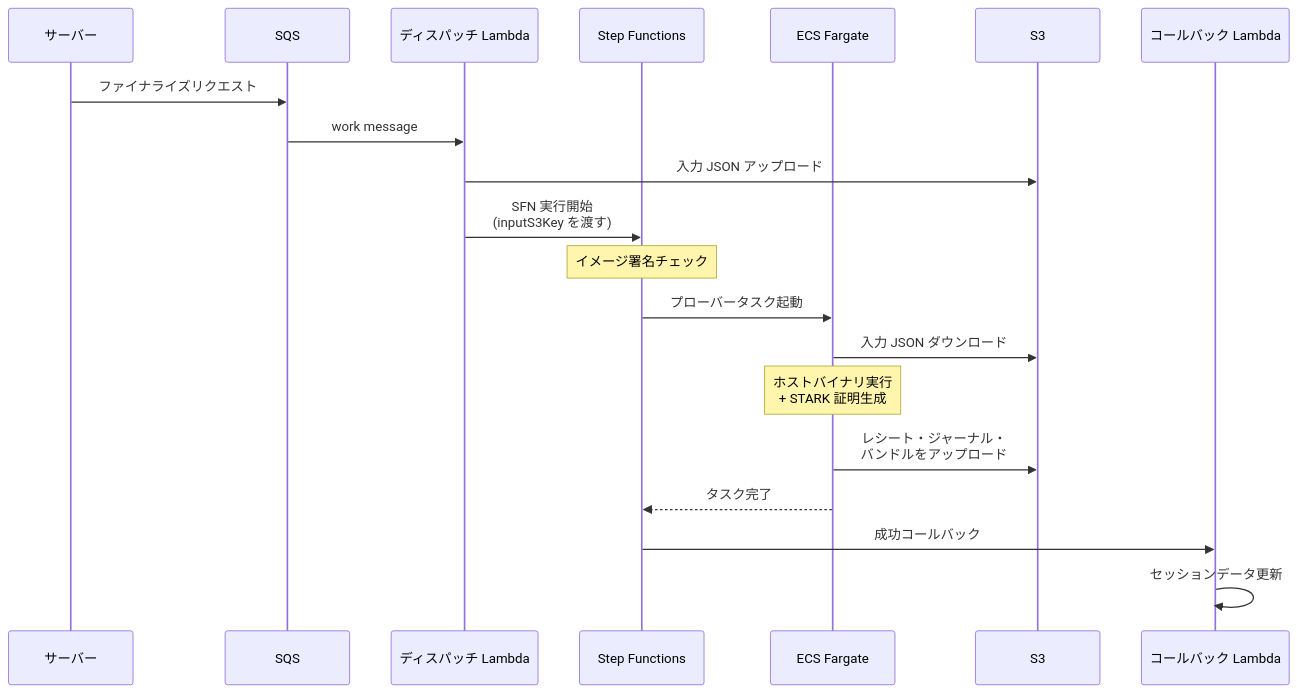
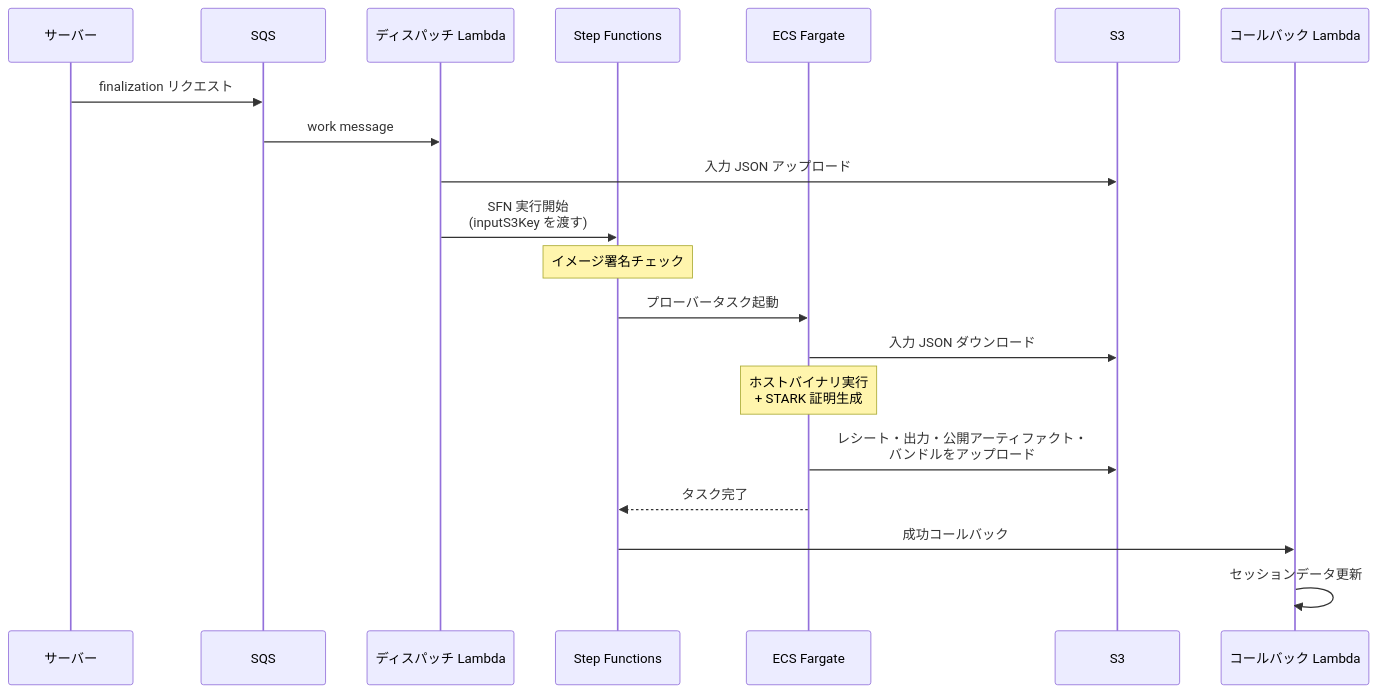
Before and after one commit to hwatanabe-jp/stark-ballot-simulator-public: the fifth of 5 diagrams in public-book/src/zkvm/host-and-proving.md, drawn with Mermaid. The commit also changed other lines of this file and 1491 other files, not shown here.

````diff
--- a/public-book/src/zkvm/host-and-proving.md
+++ b/public-book/src/zkvm/host-and-proving.md
@@ -175,23 +189,23 @@
 ```mermaid
 sequenceDiagram
   participant S as サーバー
   participant SQS as SQS
   participant D as ディスパッチ Lambda
   participant SFN as Step Functions
   participant ECS as ECS Fargate
   participant S3 as S3
   participant CB as コールバック Lambda
 
-  S->>SQS: ファイナライズリクエスト
+  S->>SQS: finalization リクエスト
   SQS->>D: work message
   D->>S3: 入力 JSON アップロード
   D->>SFN: SFN 実行開始<br/>(inputS3Key を渡す)
   Note over SFN: イメージ署名チェック
   SFN->>ECS: プローバータスク起動
   ECS->>S3: 入力 JSON ダウンロード
   Note over ECS: ホストバイナリ実行<br/>+ STARK 証明生成
-  ECS->>S3: レシート・ジャーナル・<br/>バンドルをアップロード
+  ECS->>S3: レシート・出力・公開アーティファクト・<br/>バンドルをアップロード
   ECS-->>SFN: タスク完了
   SFN->>CB: 成功コールバック
   CB->>CB: セッションデータ更新
 ```
````
